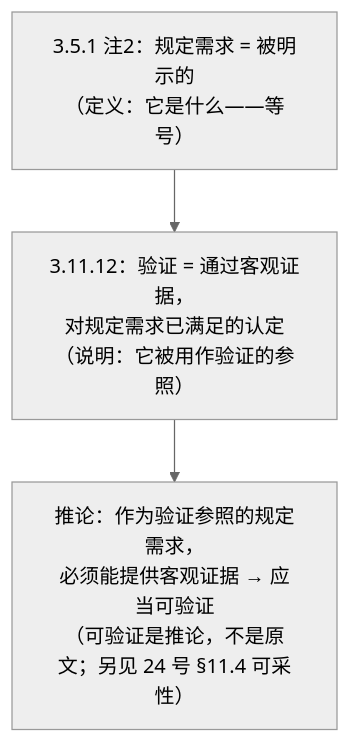
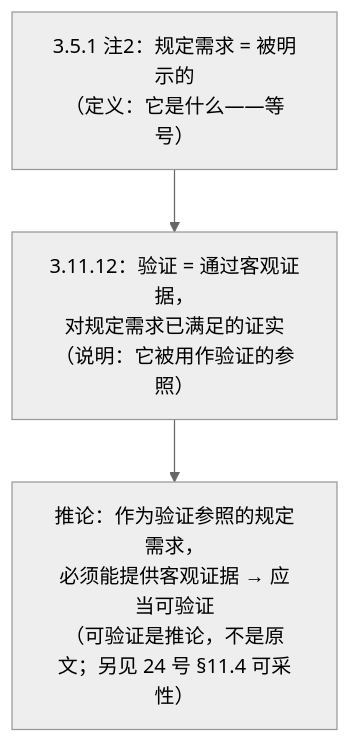
Before and after one commit to Yongjunzhou/AOS-system-design: diagram 13 of 21 in 100-subprojects/01-系统工程研究/00-系统工程相关研究报告/03-评审概念研究报告-从评审定义到需求管理.md, drawn with Mermaid (neutral theme). The commit also changed other lines of this file and 11 other files, not shown here.

````diff
--- a/100-subprojects/01-系统工程研究/00-系统工程相关研究报告/03-评审概念研究报告-从评审定义到需求管理.md
+++ b/100-subprojects/01-系统工程研究/00-系统工程相关研究报告/03-评审概念研究报告-从评审定义到需求管理.md
@@ -606,4 +607,4 @@
 ```mermaid
 flowchart TB
-    A["3.5.1 注2：规定需求 = 被明示的<br/>（定义：它是什么——等号）"] --> B["3.11.12：验证 = 通过客观证据，<br/>对规定需求已满足的认定<br/>（说明：它被用作验证的参照）"] --> C["推论：作为验证参照的规定需求，<br/>必须能提供客观证据 → 应当可验证<br/>（可验证是推论，不是原文；另见 24 号 §11.4 可采性）"]
+    A["3.5.1 注2：规定需求 = 被明示的<br/>（定义：它是什么——等号）"] --> B["3.11.12：验证 = 通过客观证据，<br/>对规定需求已满足的证实<br/>（说明：它被用作验证的参照）"] --> C["推论：作为验证参照的规定需求，<br/>必须能提供客观证据 → 应当可验证<br/>（可验证是推论，不是原文；另见 24 号 §11.4 可采性）"]
 ```
````
